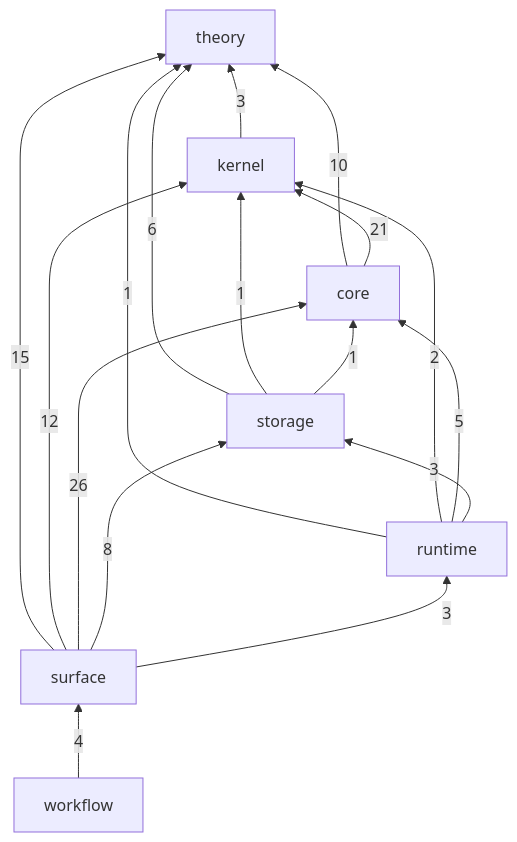
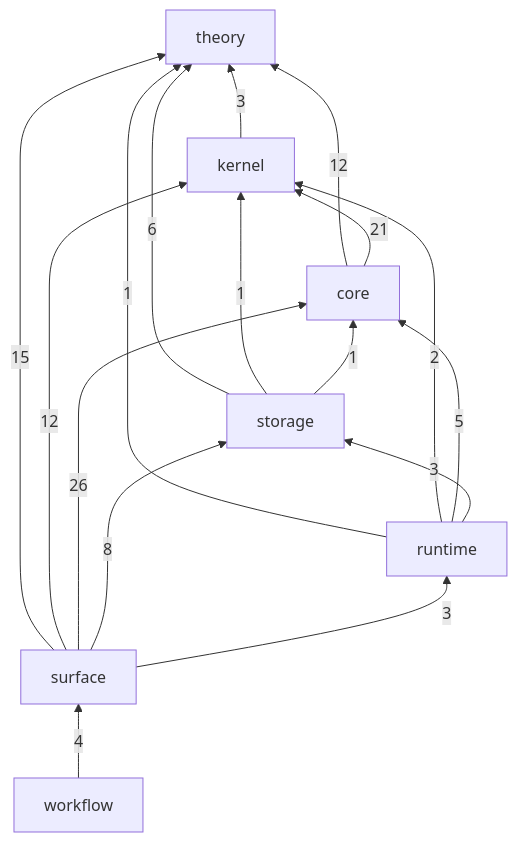
One commit to gandr-lang/gandr changed the diagram in ledger/README.md. Above: the diagram before and after it, drawn with Mermaid. The commit also changed 21 other files, not shown here.

````diff
--- a/ledger/README.md
+++ b/ledger/README.md
@@ -28,26 +28,26 @@
 ```mermaid
 flowchart BT
   theory
   kernel
   core
   storage
   runtime
   surface
   workflow
   kernel -->|3| theory
-  core -->|10| theory
+  core -->|12| theory
   core -->|21| kernel
   storage -->|6| theory
   storage -->|1| kernel
   storage -->|1| core
   runtime -->|1| theory
   runtime -->|2| kernel
   runtime -->|5| core
   runtime -->|3| storage
   surface -->|15| theory
   surface -->|12| kernel
   surface -->|26| core
   surface -->|8| storage
   surface -->|3| runtime
   workflow -->|4| surface
 ```
````
